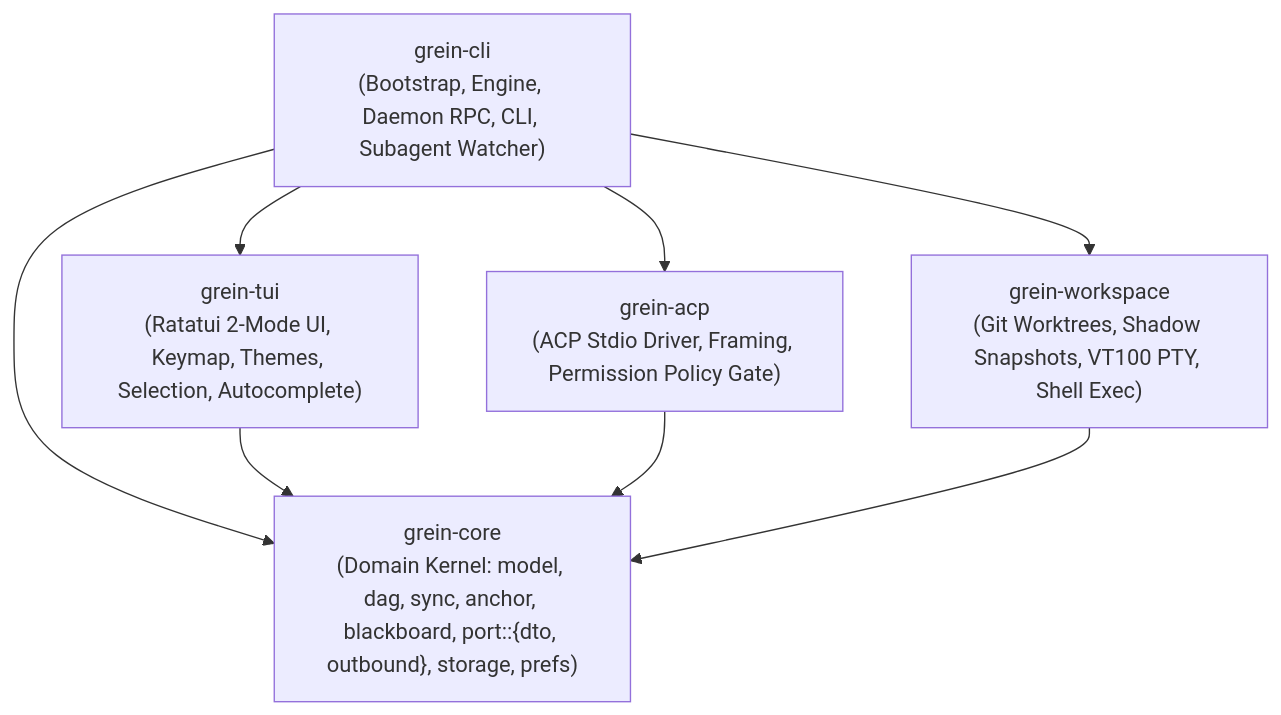
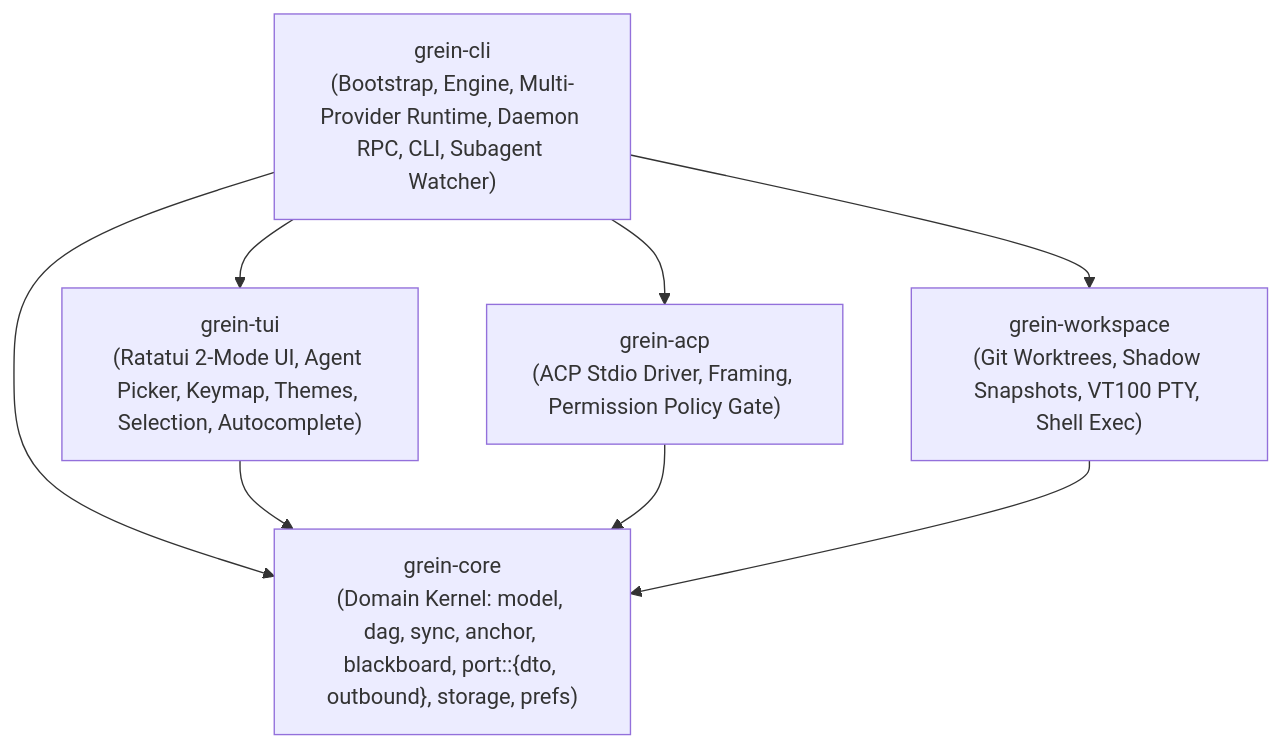
One commit to rira/grein changed the first of 3 diagrams in docs/ARCHITECTURE.md. Above: the diagram before and after it, drawn with Mermaid. The commit also changed other lines of this file, not shown here.

Commit message:
docs: document multi-provider ACP architecture, SQLite schema, and RPC contracts

````diff
--- a/docs/ARCHITECTURE.md
+++ b/docs/ARCHITECTURE.md
@@ -12,16 +12,16 @@
 ```mermaid
 flowchart TB
-    CLI["grein-cli<br/>(Bootstrap, Engine, Daemon RPC, CLI, Subagent Watcher)"]
-    TUI["grein-tui<br/>(Ratatui 2-Mode UI, Keymap, Themes, Selection, Autocomplete)"]
+    CLI["grein-cli<br/>(Bootstrap, Engine, Multi-Provider Runtime, Daemon RPC, CLI, Subagent Watcher)"]
+    TUI["grein-tui<br/>(Ratatui 2-Mode UI, Agent Picker, Keymap, Themes, Selection, Autocomplete)"]
     ACP["grein-acp<br/>(ACP Stdio Driver, Framing, Permission Policy Gate)"]
     WS["grein-workspace<br/>(Git Worktrees, Shadow Snapshots, VT100 PTY, Shell Exec)"]
     CORE["grein-core<br/>(Domain Kernel: model, dag, sync, anchor, blackboard, port::{dto, outbound}, storage, prefs)"]
 
     CLI --> TUI
     CLI --> ACP
     CLI --> WS
     CLI --> CORE
     TUI --> CORE
     ACP --> CORE
     WS --> CORE
 ```
````
